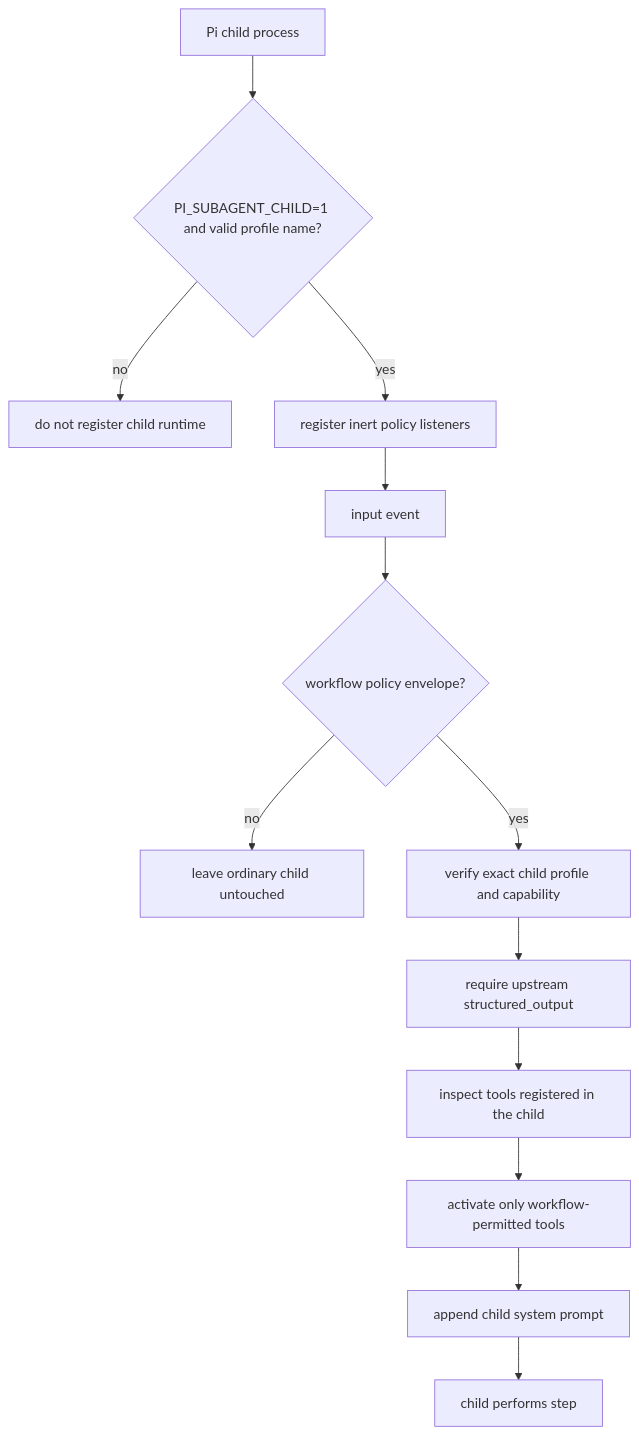
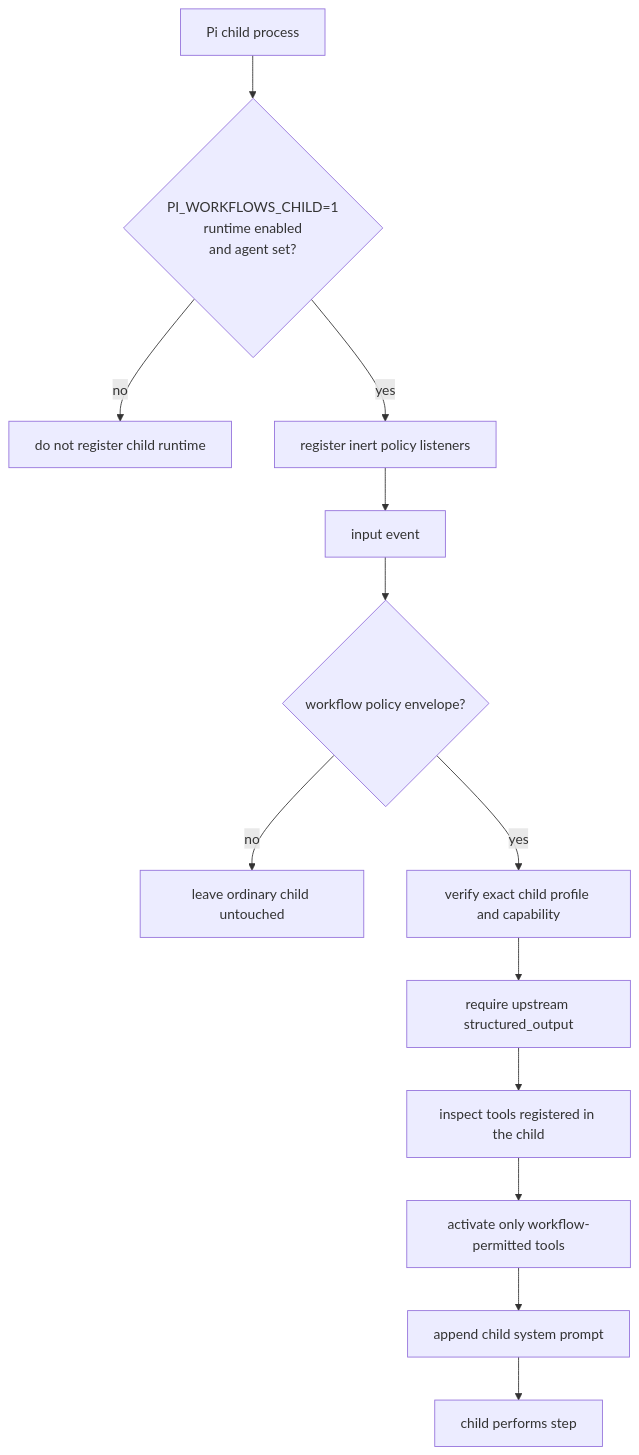
One commit to wichayutdew/pi-workflows changed the third of 6 diagrams in openwiki/integrations/subagents.md. Above: the diagram before and after it, drawn with Mermaid. The commit also changed other lines of this file and 346 other files, not shown here.

````diff
--- a/openwiki/integrations/subagents.md
+++ b/openwiki/integrations/subagents.md
@@ -52,15 +52,15 @@
 ```mermaid
 flowchart TD
-  PiChild[Pi child process] --> Env{PI_SUBAGENT_CHILD=1 and valid profile name?}
+  PiChild[Pi child process] --> Env{PI_WORKFLOWS_CHILD=1<br/>runtime enabled<br/>and agent set?}
   Env -- no --> Stop[do not register child runtime]
   Env -- yes --> Runtime[register inert policy listeners]
   Runtime --> Input[input event]
   Input --> Envelope{workflow policy envelope?}
   Envelope -- no --> Ordinary[leave ordinary child untouched]
   Envelope -- yes --> Verify[verify exact child profile and capability]
   Verify --> Complete[require upstream structured_output]
   Complete --> Registered[inspect tools registered in the child]
   Registered --> Narrow[activate only workflow-permitted tools]
   Narrow --> Prompt[append child system prompt]
   Prompt --> Work[child performs step]
 ```
````
